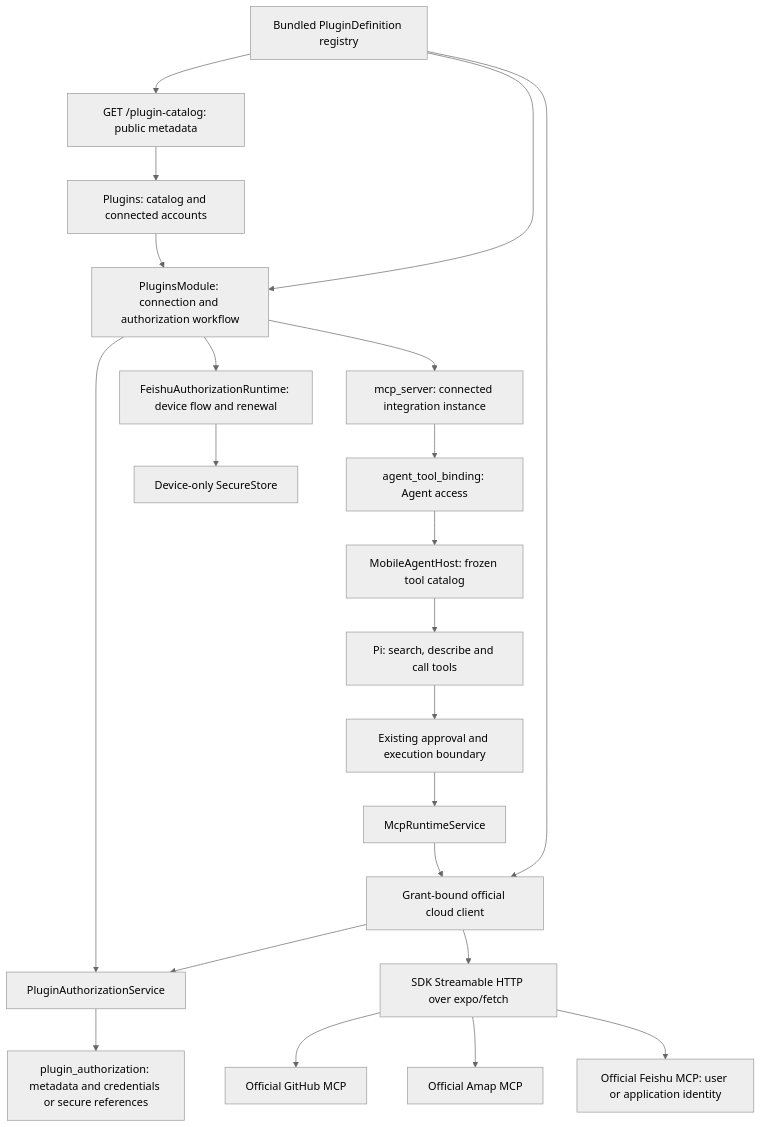
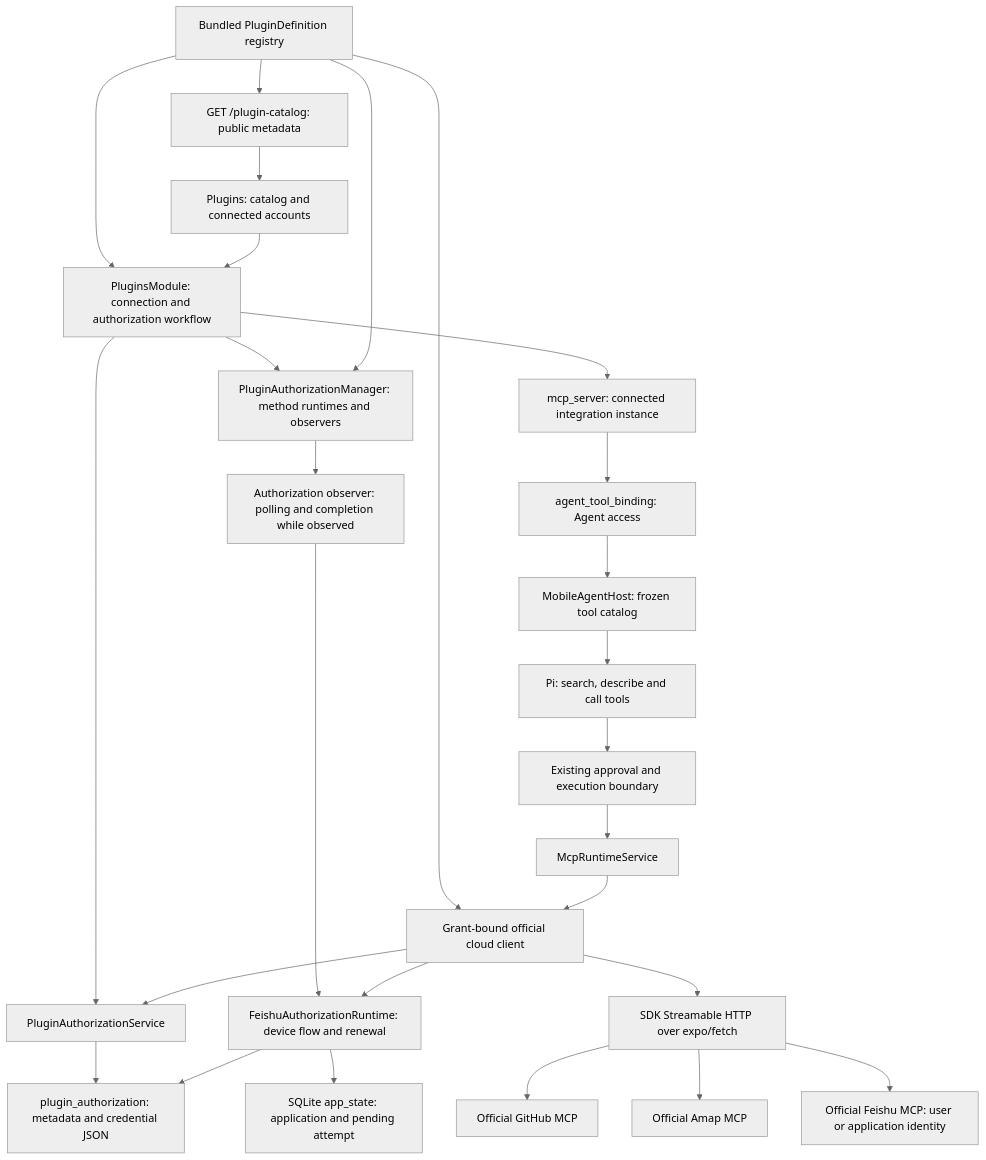
The diagram in docs/references/agent/built-in-mcp-design.md (CherryHQ/cherry-studio-app), drawn with Mermaid (neutral theme) before and after one commit. The commit also changed other lines of this file and 53 other files, not shown here.

Commit message:
refactor(plugins): unify authorization methods and credential persistence

````diff
--- a/docs/references/agent/built-in-mcp-design.md
+++ b/docs/references/agent/built-in-mcp-design.md
@@ -286,24 +272,29 @@
 ```mermaid
 flowchart TD
   Registry["Bundled PluginDefinition registry"] --> Catalog["GET /plugin-catalog: public metadata"]
   Catalog --> Settings["Plugins: catalog and connected accounts"]
   Registry --> Workflow["PluginsModule: connection and authorization workflow"]
   Settings --> Workflow
   Registry --> Client["Grant-bound official cloud client"]
   Workflow --> Auth["PluginAuthorizationService"]
-  Auth --> AuthTable["plugin_authorization: metadata and credentials or secure references"]
-  Workflow --> UserAuth["FeishuAuthorizationRuntime: device flow and renewal"]
-  UserAuth --> Secure["Device-only SecureStore"]
+  Auth --> AuthTable["plugin_authorization: metadata and credential JSON"]
+  Workflow --> Manager["PluginAuthorizationManager: method runtimes and observers"]
+  Registry --> Manager
+  Manager --> Observer["Authorization observer: polling and completion while observed"]
+  Observer --> UserAuth["FeishuAuthorizationRuntime: device flow and renewal"]
+  UserAuth --> State["SQLite app_state: application and pending attempt"]
+  UserAuth --> AuthTable
   Workflow --> Server["mcp_server: connected integration instance"]
   Server --> Binding["agent_tool_binding: Agent access"]
   Binding --> Host["MobileAgentHost: frozen tool catalog"]
   Host --> Pi["Pi: search, describe and call tools"]
   Pi --> Approval["Existing approval and execution boundary"]
   Approval --> MCP["McpRuntimeService"]
   MCP --> Client["Grant-bound official cloud client"]
   Client --> Auth
+  Client --> UserAuth
   Client --> Remote["SDK Streamable HTTP over expo/fetch"]
   Remote --> GitHub["Official GitHub MCP"]
   Remote --> Amap["Official Amap MCP"]
   Remote --> Feishu["Official Feishu MCP: user or application identity"]
 ```
````
